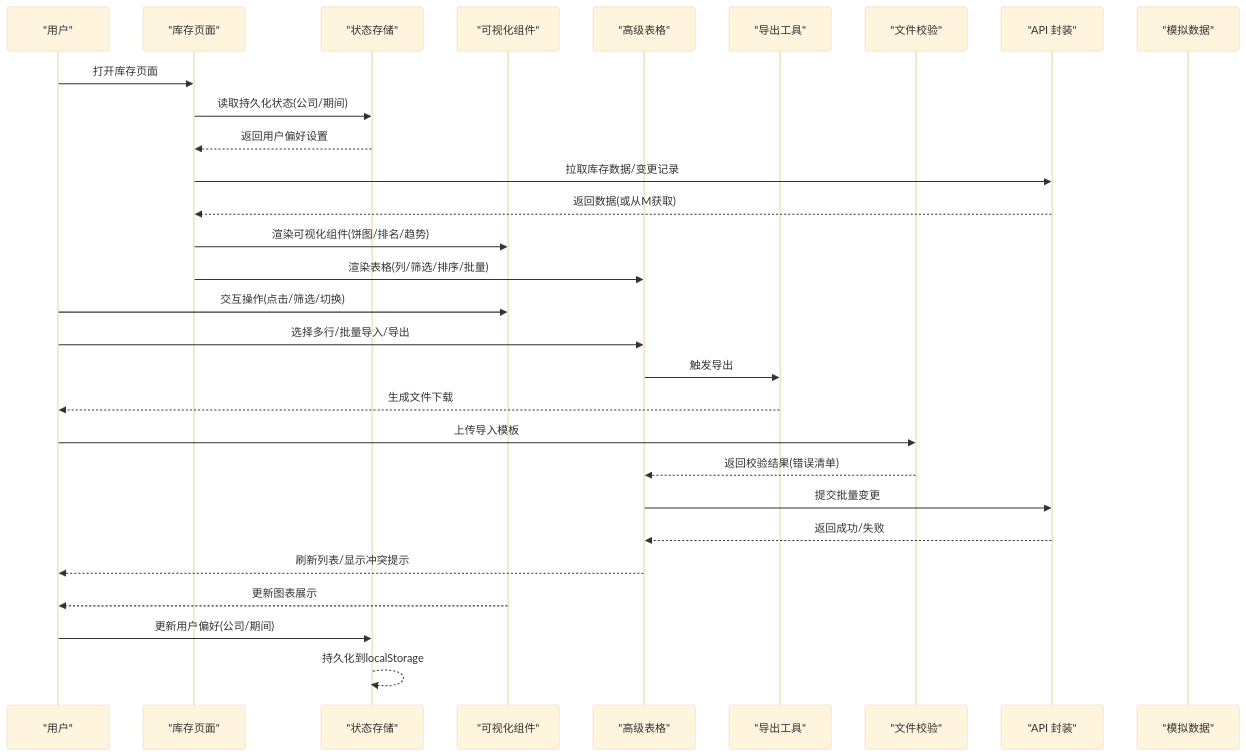
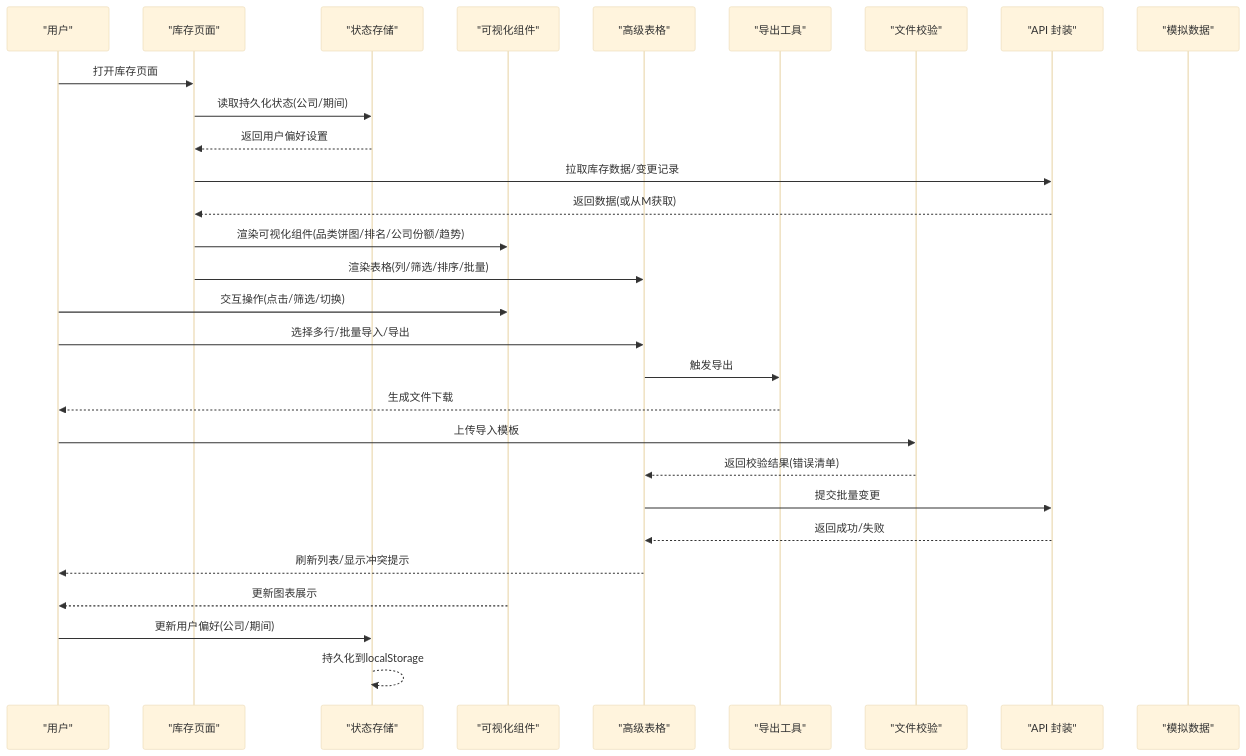
The second of 13 diagrams in .qoder/repowiki/zh/content/页面组件/库存管理页面.md (Damao997/newproject), drawn with Mermaid (base theme) before and after one commit. The commit also changed other lines of this file and 57 other files, not shown here.

````diff
--- a/.qoder/repowiki/zh/content/页面组件/库存管理页面.md
+++ b/.qoder/repowiki/zh/content/页面组件/库存管理页面.md
@@ -130,31 +136,31 @@
 ```mermaid
 sequenceDiagram
 participant U as "用户"
 participant P as "库存页面"
 participant S as "状态存储"
 participant V as "可视化组件"
 participant T as "高级表格"
 participant X as "导出工具"
 participant Vld as "文件校验"
 participant A as "API 封装"
 participant M as "模拟数据"
 U->>P : 打开库存页面
 P->>S : 读取持久化状态(公司/期间)
 S-->>P : 返回用户偏好设置
 P->>A : 拉取库存数据/变更记录
 A-->>P : 返回数据(或从M获取)
-P->>V : 渲染可视化组件(饼图/排名/趋势)
+P->>V : 渲染可视化组件(品类饼图/排名/公司份额/趋势)
 P->>T : 渲染表格(列/筛选/排序/批量)
 U->>V : 交互操作(点击/筛选/切换)
 U->>T : 选择多行/批量导入/导出
 T->>X : 触发导出
 X-->>U : 生成文件下载
 U->>Vld : 上传导入模板
 Vld-->>T : 返回校验结果(错误清单)
 T->>A : 提交批量变更
 A-->>T : 返回成功/失败
 T-->>U : 刷新列表/显示冲突提示
 V-->>U : 更新图表展示
 U->>S : 更新用户偏好(公司/期间)
 S-->>S : 持久化到localStorage
 ```
````
